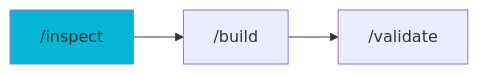
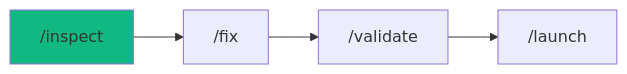
One commit to pikakit/agent-skills changed the diagram in .agent/workflows/inspect.md. Above: the diagram before and after it, drawn with Mermaid. The commit also changed other lines of this file and 272 other files, not shown here.

````diff
--- a/.agent/workflows/inspect.md
+++ b/.agent/workflows/inspect.md
@@ -216,6 +232,7 @@
 ```mermaid
 graph LR
-    A["/inspect"] --> B["/build"]
+    A["/inspect"] --> B["/fix"]
     B --> C["/validate"]
-    style A fill:#06b6d4
+    C --> D["/launch"]
+    style A fill:#10b981
 ```
````
